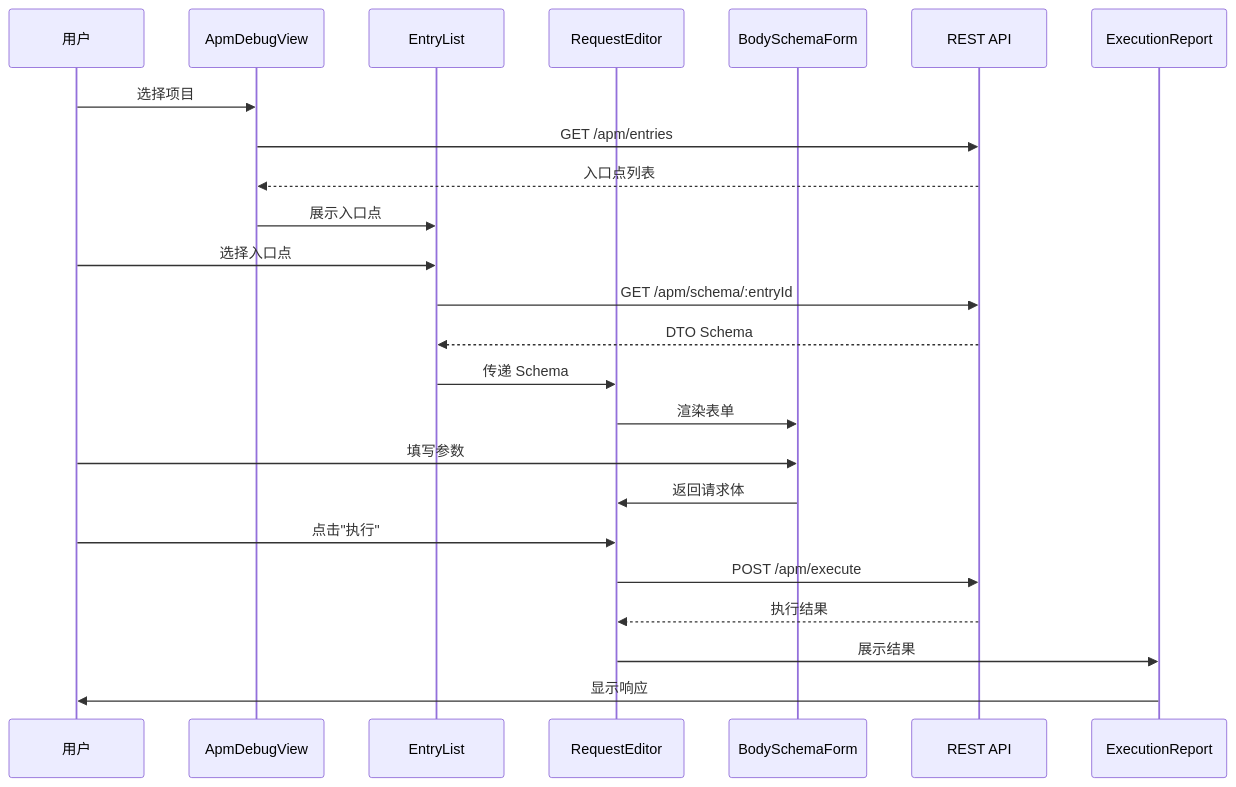
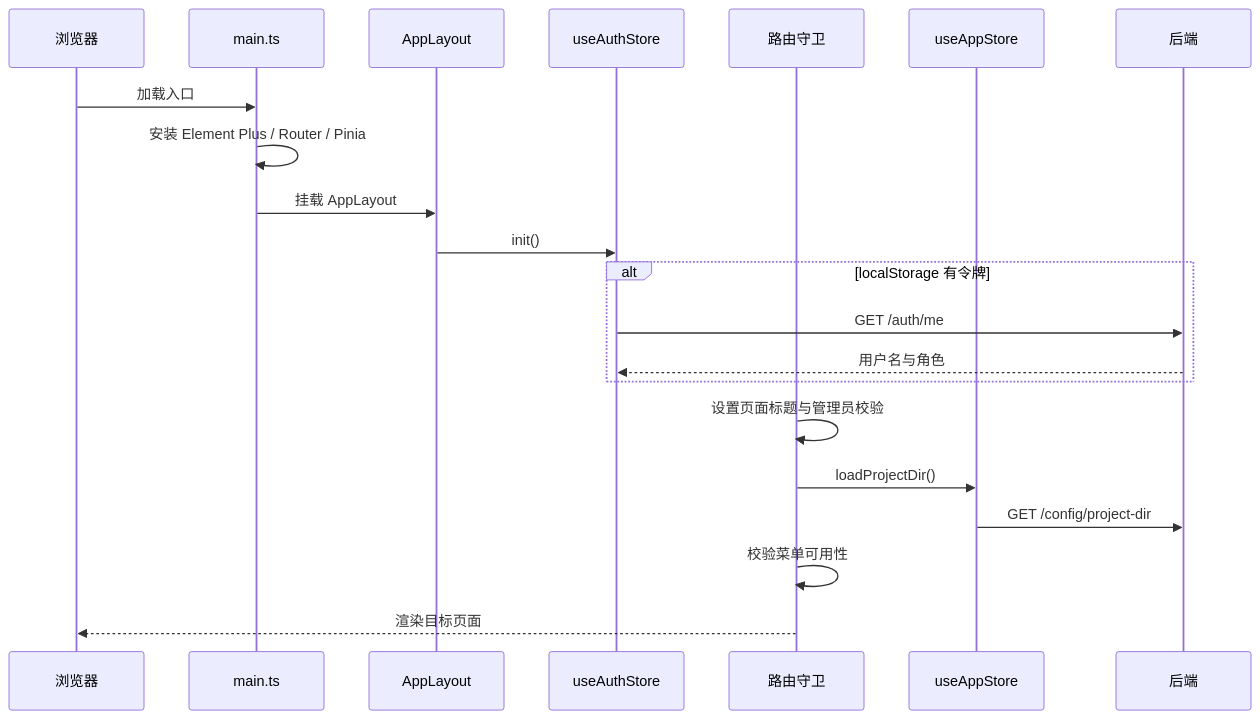
The second of 8 diagrams in hisi-dev-tool-frontend/docs/codewiki/04-数据流程/index.md (shenjiangchun/codeKnowledge), drawn with Mermaid before and after one commit. The commit also changed other lines of this file and 82 other files, not shown here.

````diff
--- a/hisi-dev-tool-frontend/docs/codewiki/04-数据流程/index.md
+++ b/hisi-dev-tool-frontend/docs/codewiki/04-数据流程/index.md
@@ -79,30 +62,24 @@
 ```mermaid
 sequenceDiagram
-    participant U as 用户
-    participant ADV as ApmDebugView
-    participant EL as EntryList
-    participant RE as RequestEditor
-    participant BSF as BodySchemaForm
-    participant API as REST API
-    participant ER as ExecutionReport
+    participant B as 浏览器
+    participant M as main.ts
+    participant L as AppLayout
+    participant A as useAuthStore
+    participant R as 路由守卫
+    participant P as useAppStore
+    participant BE as 后端
 
-    U->>ADV: 选择项目
-    ADV->>API: GET /apm/entries
-    API-->>ADV: 入口点列表
-    ADV->>EL: 展示入口点
-
-    U->>EL: 选择入口点
-    EL->>API: GET /apm/schema/:entryId
-    API-->>EL: DTO Schema
-    EL->>RE: 传递 Schema
-
-    RE->>BSF: 渲染表单
-    U->>BSF: 填写参数
-    BSF->>RE: 返回请求体
-
-    U->>RE: 点击"执行"
-    RE->>API: POST /apm/execute
-    API-->>RE: 执行结果
-    RE->>ER: 展示结果
-    ER->>U: 显示响应
+    B->>M: 加载入口
+    M->>M: 安装 Element Plus / Router / Pinia
+    M->>L: 挂载 AppLayout
+    L->>A: init()
+    alt localStorage 有令牌
+        A->>BE: GET /auth/me
+        BE-->>A: 用户名与角色
+    end
+    R->>R: 设置页面标题与管理员校验
+    R->>P: loadProjectDir()
+    P->>BE: GET /config/project-dir
+    R->>R: 校验菜单可用性
+    R-->>B: 渲染目标页面
 ```
````
